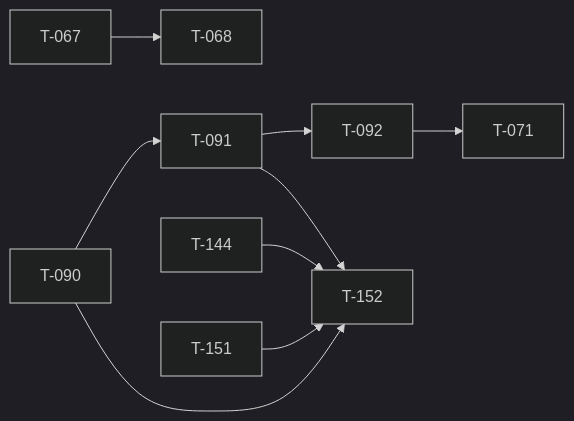
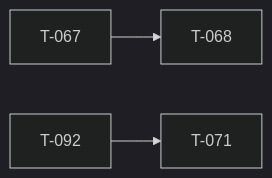
Before and after one commit to darkforce09/TBD-reforger: the diagram in docs/TICKET_LEAD.md, drawn with Mermaid (dark theme). The commit also changed other lines of this file and 6 other files, not shown here.

````diff
--- a/docs/TICKET_LEAD.md
+++ b/docs/TICKET_LEAD.md
@@ -31,11 +30,5 @@
 ```mermaid
 flowchart LR
   T067[T-067] --> T068[T-068]
   T092[T-092] --> T071[T-071]
-  T090[T-090] --> T091[T-091]
-  T091[T-091] --> T092[T-092]
-  T090[T-090] --> T152[T-152]
-  T091[T-091] --> T152[T-152]
-  T144[T-144] --> T152[T-152]
-  T151[T-151] --> T152[T-152]
 ```
````
